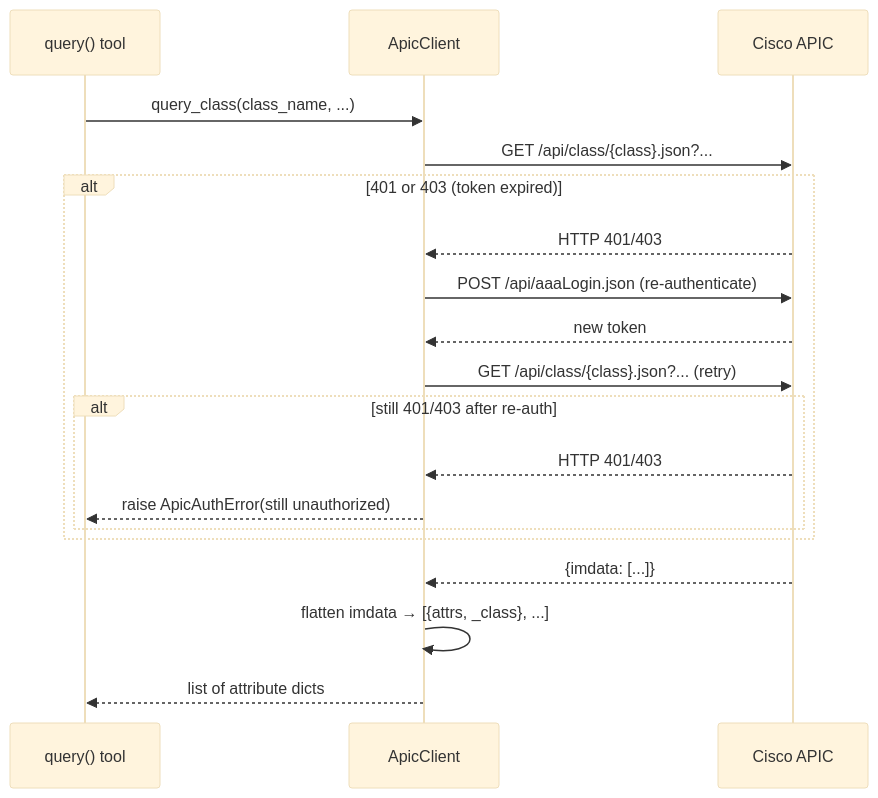
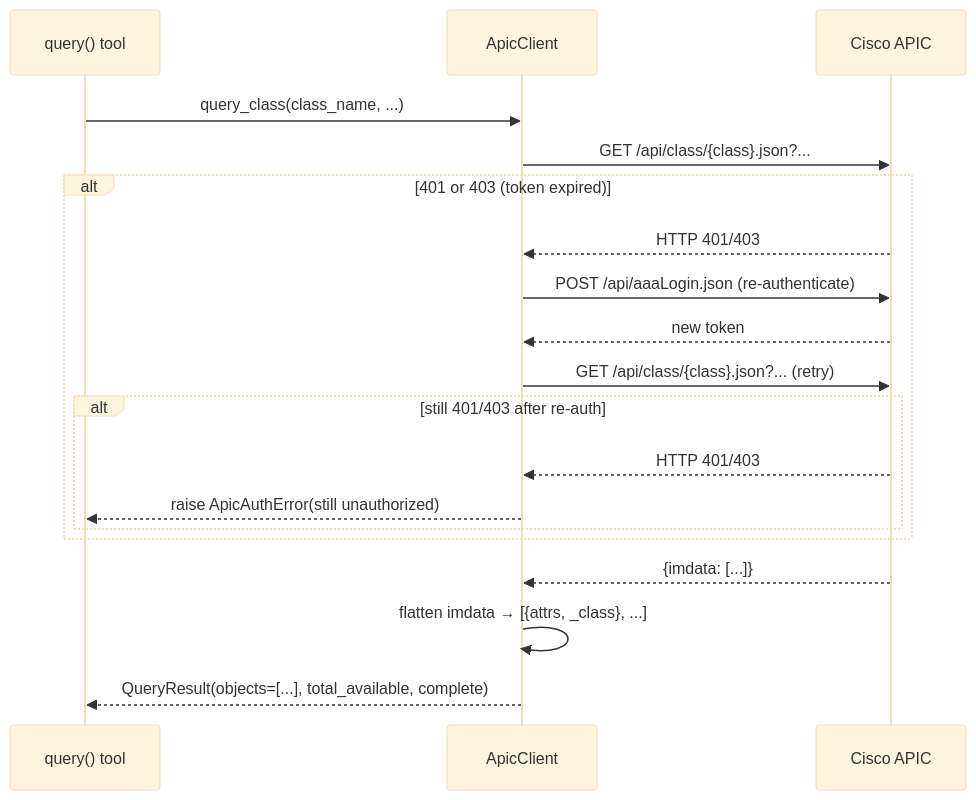
Before and after one commit to k3l0-dev/aci-mcp: the third of 3 diagrams in docs/internals/apic-client.md, drawn with Mermaid (base theme). The commit also changed other lines of this file and 19 other files, not shown here.

````diff
--- a/docs/internals/apic-client.md
+++ b/docs/internals/apic-client.md
@@ -57,25 +68,25 @@
 ```mermaid
 sequenceDiagram
     participant tool as query() tool
     participant client as ApicClient
     participant apic as Cisco APIC
 
     tool->>client: query_class(class_name, ...)
     client->>apic: GET /api/class/{class}.json?...
 
     alt 401 or 403 (token expired)
         apic-->>client: HTTP 401/403
         client->>apic: POST /api/aaaLogin.json (re-authenticate)
         apic-->>client: new token
         client->>apic: GET /api/class/{class}.json?... (retry)
 
         alt still 401/403 after re-auth
             apic-->>client: HTTP 401/403
             client-->>tool: raise ApicAuthError(still unauthorized)
         end
     end
 
     apic-->>client: {imdata: [...]}
     client->>client: flatten imdata → [{attrs, _class}, ...]
-    client-->>tool: list of attribute dicts
+    client-->>tool: QueryResult(objects=[...], total_available, complete)
 ```
````
